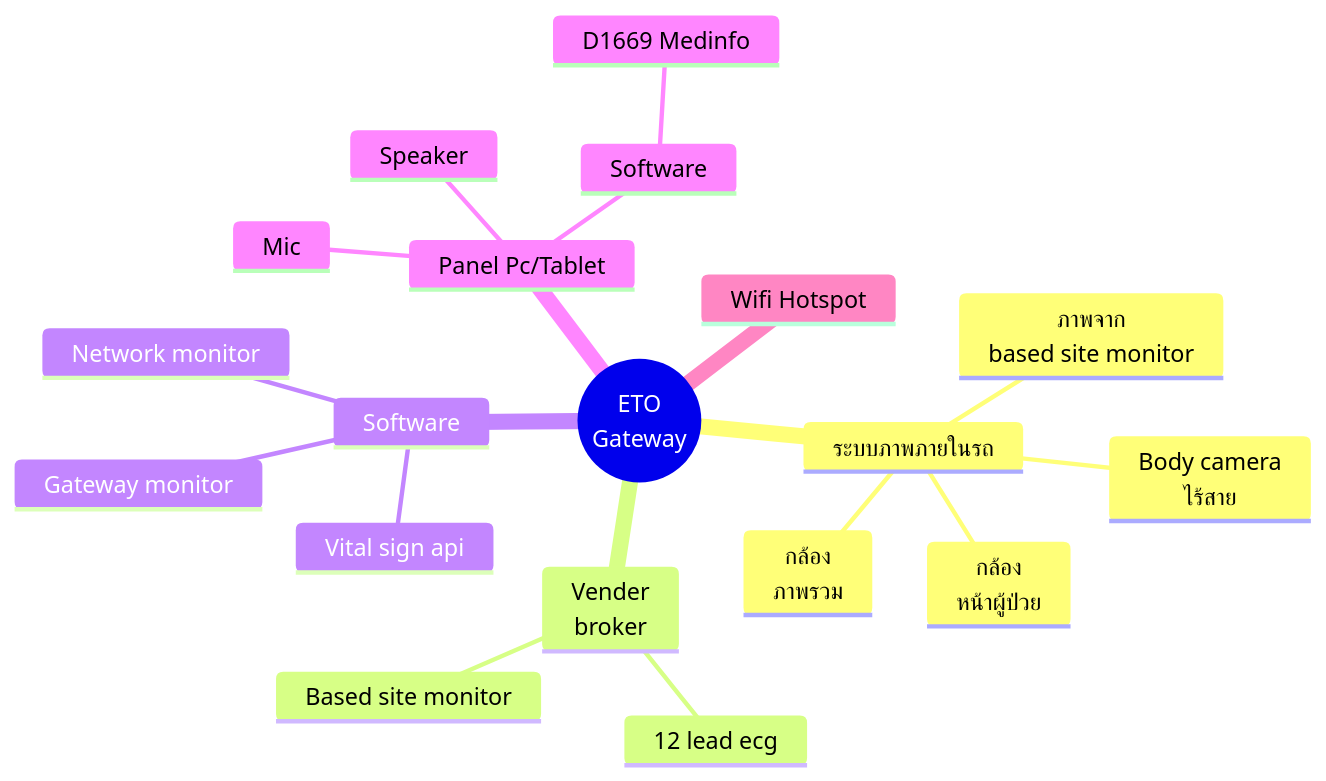
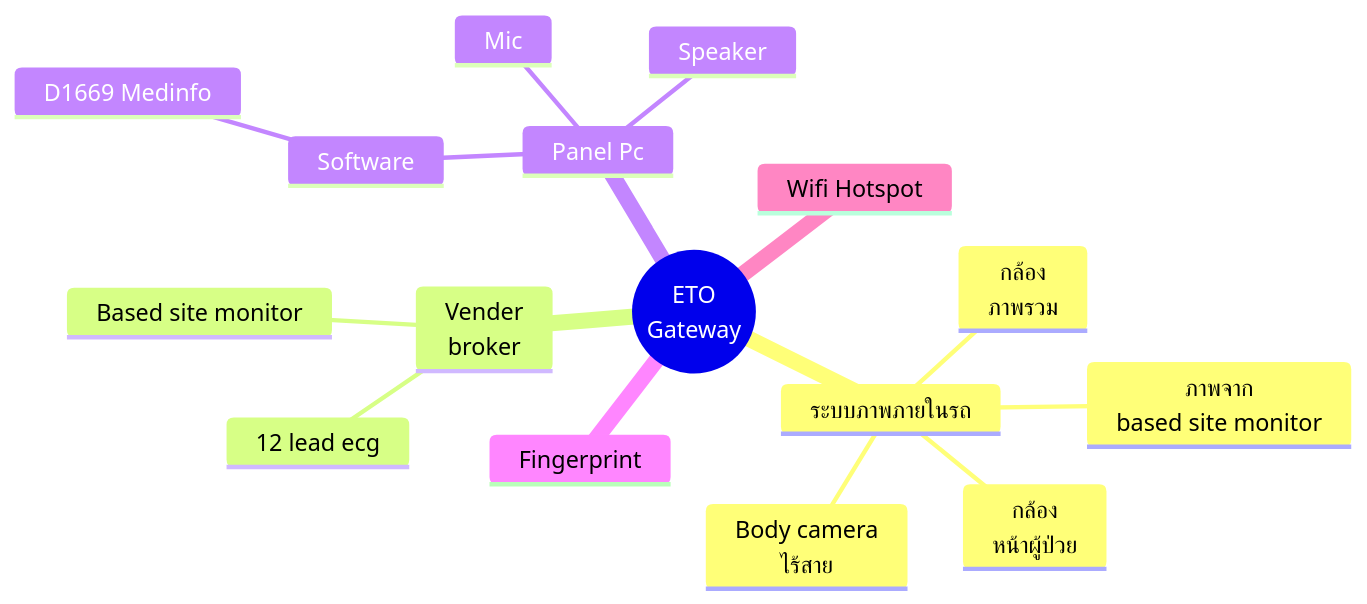
The diagram in home.md (lionants02/eto-doc), drawn with Mermaid before and after one commit.

Commit message:
update diagram

```diff
--- a/home.md
+++ b/home.md
@@ -14,37 +14,34 @@
   <pre class="mermaid">
     mindmap
     root((ETO<br/>Gateway))
         ระบบภาพภายในรถ
         ::icon(fa fa-ambulance)
             กล้อง<br/>ภาพรวม
             ::icon(fa fa-camera)
             กล้อง<br/>หน้าผู้ป่วย
             ::icon(fa fa-camera)
             Body camera<br/>ไร้สาย
             ::icon(fa fa-camera)
             ภาพจาก<br/>based site monitor
             ::icon(fa fa-heartbeat)
             
         Vender<br/>broker
             Based site monitor
             ::icon(fa fa-heartbeat)
             12 lead ecg
             ::icon(fa fa-heartbeat)
 
-        Software
-            Network monitor
-            Gateway monitor
-            Vital sign api
-
-        Panel Pc/Tablet
+        Panel Pc
         ::icon(fa fa-tablet)
             Mic
             ::icon(fa fa-microphone)
             Speaker
             ::icon(fa fa-volume-up)
             Software
                 D1669 Medinfo
-
+        Fingerprint
+        ::icon(fa fa-hand)
         Wifi Hotspot
         ::icon(fa fa-wifi)
+        
   </pre>
```
